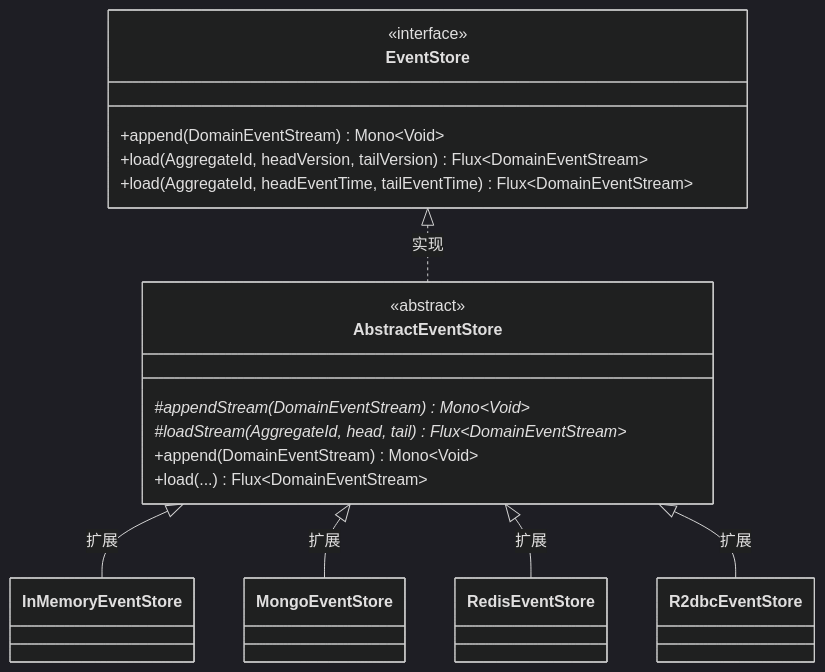
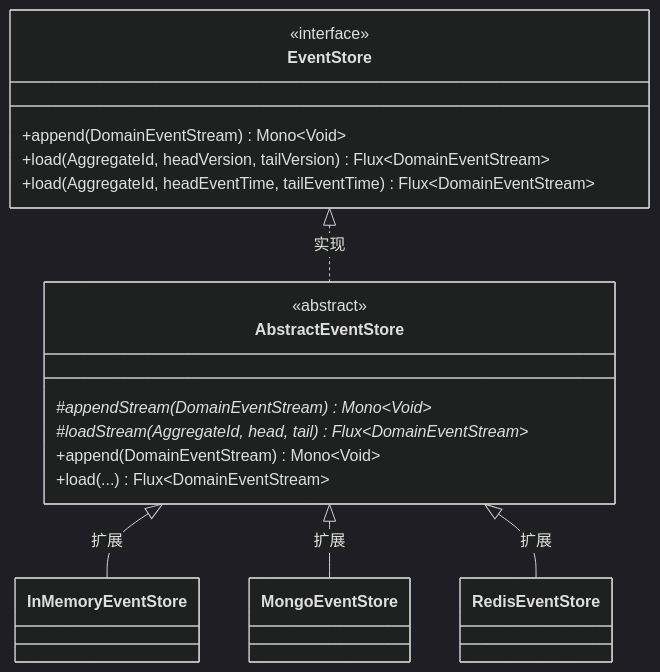
Before and after one commit to Ahoo-Wang/Wow: the third of 4 diagrams in documentation/docs/zh/guide/eventstore.md, drawn with Mermaid (dark theme). The commit also changed other lines of this file and 92 other files, not shown here.

````diff
--- a/documentation/docs/zh/guide/eventstore.md
+++ b/documentation/docs/zh/guide/eventstore.md
@@ -132,26 +132,24 @@
 ```mermaid
 classDiagram
     class EventStore {
         <<interface>>
         +append(DomainEventStream) Mono~Void~
         +load(AggregateId, headVersion, tailVersion) Flux~DomainEventStream~
         +load(AggregateId, headEventTime, tailEventTime) Flux~DomainEventStream~
     }
     class AbstractEventStore {
         <<abstract>>
         #appendStream(DomainEventStream)* Mono~Void~
         #loadStream(AggregateId, head, tail)* Flux~DomainEventStream~
         +append(DomainEventStream) Mono~Void~
         +load(...) Flux~DomainEventStream~
     }
     class InMemoryEventStore
     class MongoEventStore
     class RedisEventStore
-    class R2dbcEventStore
 
     EventStore <|.. AbstractEventStore : 实现
     AbstractEventStore <|-- InMemoryEventStore : 扩展
     AbstractEventStore <|-- MongoEventStore : 扩展
     AbstractEventStore <|-- RedisEventStore : 扩展
-    AbstractEventStore <|-- R2dbcEventStore : 扩展
 ```
````
